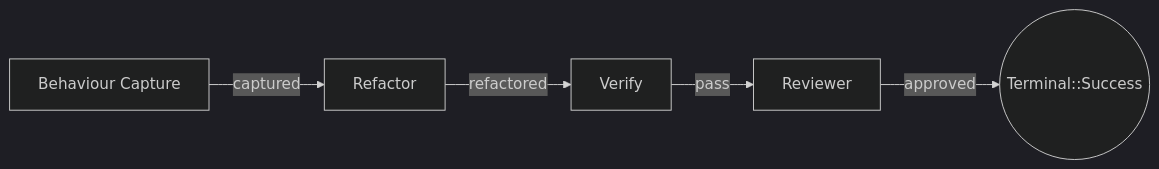
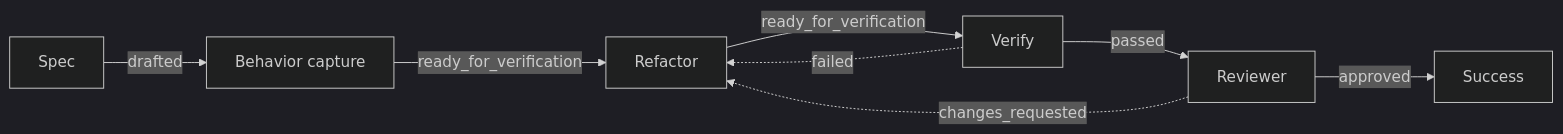
One commit to vanyastaff/surge changed the fifth of 6 diagrams in docs/archetypes.md. Above: the diagram before and after it, drawn with Mermaid (dark theme). The commit also changed other lines of this file and 321 other files, not shown here.

````diff
--- a/docs/archetypes.md
+++ b/docs/archetypes.md
@@ -104,7 +107,10 @@
 ```mermaid
 flowchart LR
-    Capture[Behaviour Capture] --> |captured| Impl[Refactor]
-    Impl --> |refactored| Verify
-    Verify --> |pass| Reviewer
-    Reviewer --> |approved| End((Terminal::Success))
+    Spec -->|drafted| Capture[Behavior capture]
+    Capture -->|ready_for_verification| Implement[Refactor]
+    Implement -->|ready_for_verification| Verify
+    Verify -->|passed| Reviewer
+    Reviewer -->|approved| Success
+    Verify -. failed .-> Implement
+    Reviewer -. changes_requested .-> Implement
 ```
````
